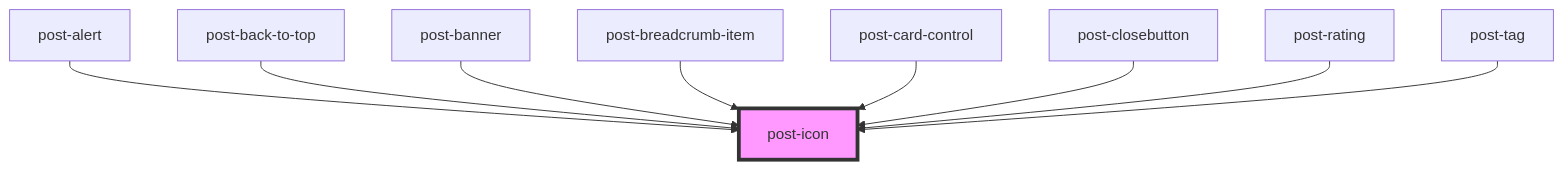
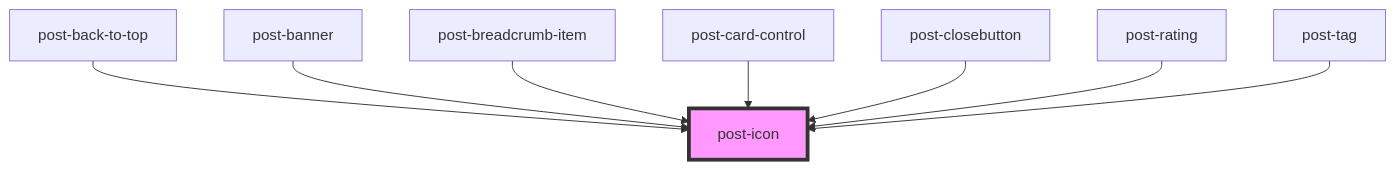
The diagram in packages/components/src/components/post-icon/readme.md (swisspost/design-system), drawn with Mermaid before and after one commit. The commit also changed other lines of this file and 3 other files, not shown here.

````diff
--- a/packages/components/src/components/post-icon/readme.md
+++ b/packages/components/src/components/post-icon/readme.md
@@ -34,12 +34,11 @@
 ```mermaid
 graph TD;
-  post-alert --> post-icon
   post-back-to-top --> post-icon
   post-banner --> post-icon
   post-breadcrumb-item --> post-icon
   post-card-control --> post-icon
   post-closebutton --> post-icon
   post-rating --> post-icon
   post-tag --> post-icon
   style post-icon fill:#f9f,stroke:#333,stroke-width:4px
 ```
````
